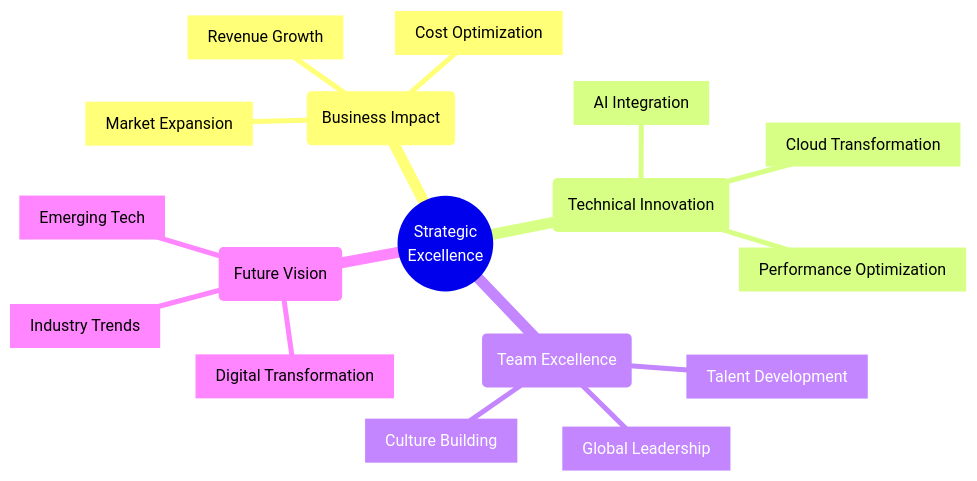
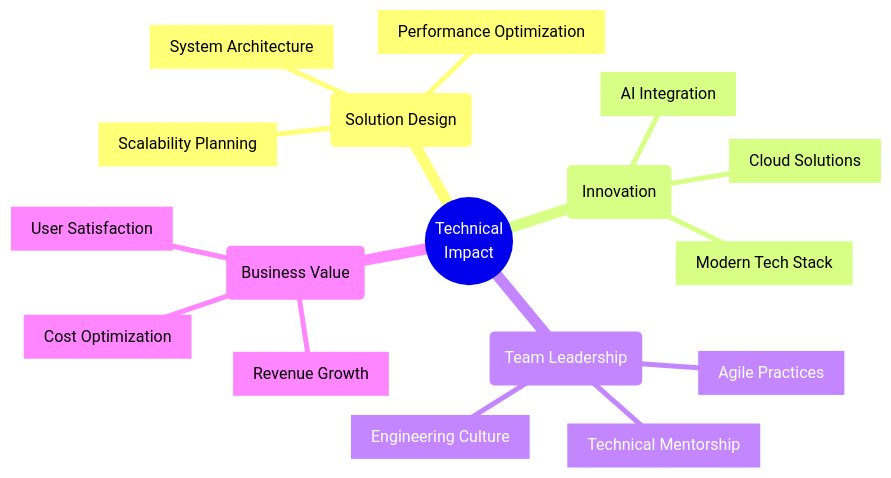
The first of 2 diagrams in README.md (bimashazaman/bimashazaman), drawn with Mermaid before and after one commit. The commit also changed other lines of this file, not shown here.

````diff
--- a/README.md
+++ b/README.md
@@ -94,21 +94,21 @@
 ```mermaid
 mindmap
-  root((Strategic
-    Excellence))
-    (Business Impact)
+  root((Technical
+    Impact))
+    (Solution Design)
+      [System Architecture]
+      [Performance Optimization]
+      [Scalability Planning]
+    (Innovation)
+      [AI Integration]
+      [Cloud Solutions]
+      [Modern Tech Stack]
+    (Team Leadership)
+      [Technical Mentorship]
+      [Agile Practices]
+      [Engineering Culture]
+    (Business Value)
       [Revenue Growth]
       [Cost Optimization]
-      [Market Expansion]
-    (Technical Innovation)
-      [AI Integration]
-      [Cloud Transformation]
-      [Performance Optimization]
-    (Team Excellence)
-      [Global Leadership]
-      [Talent Development]
-      [Culture Building]
-    (Future Vision)
-      [Digital Transformation]
-      [Emerging Tech]
-      [Industry Trends]
+      [User Satisfaction]
 ```
````
